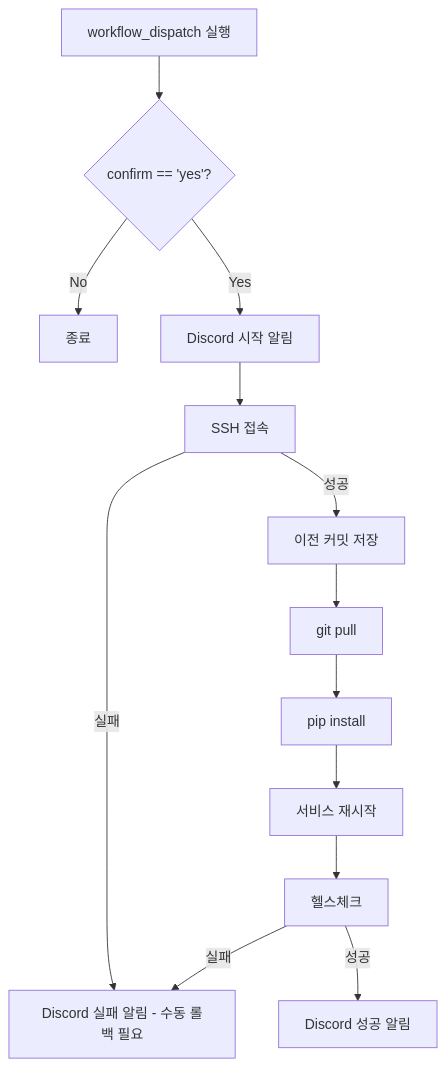
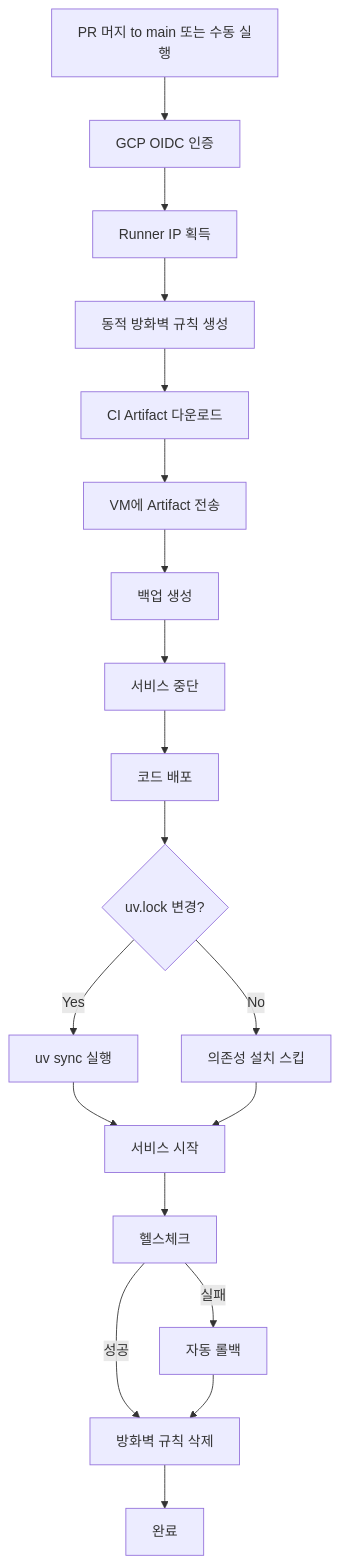
Before and after one commit to 100-hours-a-week/14-team-dojangkok-cloud: the diagram in wiki/guide/ai-server-cd-guide.md, drawn with Mermaid. The commit also changed other lines of this file and 1 other file, not shown here.

First line of the commit message:
docs: AI Server CI/CD 가이드 GCP 환경으로 업데이트

````diff
--- a/wiki/guide/ai-server-cd-guide.md
+++ b/wiki/guide/ai-server-cd-guide.md
@@ -268,15 +292,21 @@
 ```mermaid
 flowchart TD
-    A[workflow_dispatch 실행] --> B{confirm == 'yes'?}
-    B -->|No| Z[종료]
-    B -->|Yes| C[Discord 시작 알림]
-    C --> D[SSH 접속]
-    D -->|실패| X[Discord 실패 알림]
-    D -->|성공| E[이전 커밋 저장]
-    E --> F[git pull]
-    F --> G[pip install]
-    G --> H[서비스 재시작]
-    H --> I[헬스체크]
-    I -->|성공| Y[Discord 성공 알림]
-    I -->|실패| X[Discord 실패 알림 - 수동 롤백 필요]
+    A[PR 머지 to main 또는 수동 실행] --> B[GCP OIDC 인증]
+    B --> C[Runner IP 획득]
+    C --> D[동적 방화벽 규칙 생성]
+    D --> E[CI Artifact 다운로드]
+    E --> F[VM에 Artifact 전송]
+    F --> G[백업 생성]
+    G --> H[서비스 중단]
+    H --> I[코드 배포]
+    I --> J{uv.lock 변경?}
+    J -->|Yes| K[uv sync 실행]
+    J -->|No| L[의존성 설치 스킵]
+    K --> M[서비스 시작]
+    L --> M
+    M --> N[헬스체크]
+    N -->|성공| O[방화벽 규칙 삭제]
+    N -->|실패| P[자동 롤백]
+    P --> O
+    O --> Q[완료]
 ```
````
